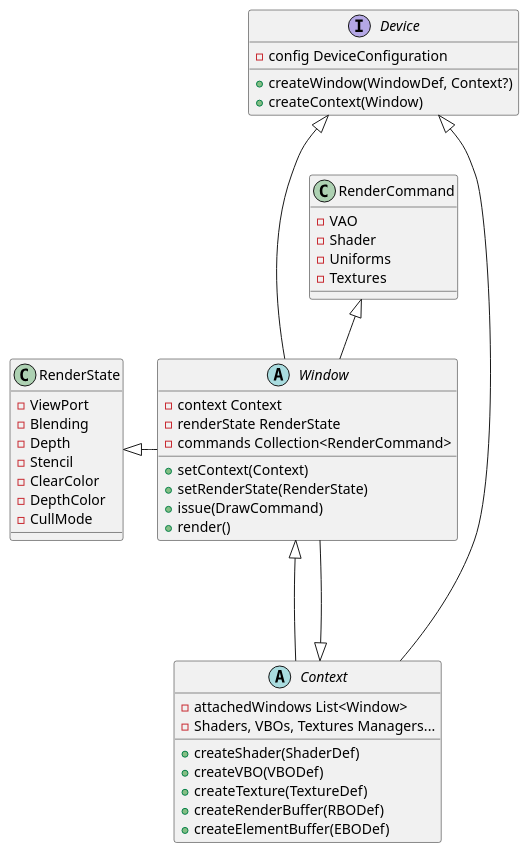
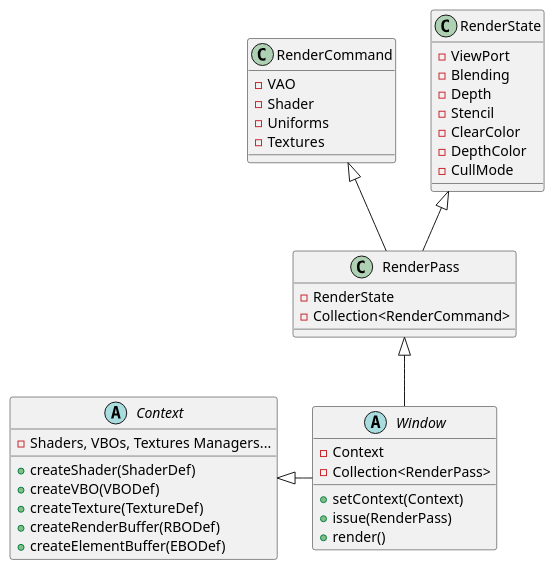
Before and after one commit to wookie41/blitz: the diagram in renderer/core/uml/core.puml, drawn with PlantUML. The commit also changed 1 other file, not shown here.

Commit message:
1 | Introduce the concept of RenderPass

```diff
--- a/renderer/core/uml/core.puml
+++ b/renderer/core/uml/core.puml
@@ -1,55 +1,47 @@
 @startuml
 
-interface Device {
-    - config DeviceConfiguration
-    +createWindow(WindowDef, Context?)
-    +createContext(Window)
-}
-
 abstract class Context {
-    - attachedWindows List<Window>
     - Shaders, VBOs, Textures Managers...
     +createShader(ShaderDef)
     +createVBO(VBODef)
     +createTexture(TextureDef)
     +createRenderBuffer(RBODef)
     +createElementBuffer(EBODef)
 }
 
 abstract class Window {
-    - context Context
-    - renderState RenderState
-    - commands Collection<RenderCommand>
+    - Context
+    - Collection<RenderPass>
     +setContext(Context)
-    +setRenderState(RenderState)
-    +issue(DrawCommand)
+    +issue(RenderPass)
     +render()
 }
 
 class RenderCommand {
     - VAO
     - Shader
     - Uniforms
     - Textures
 }
 
 class RenderState {
     - ViewPort
     - Blending
     - Depth
     - Stencil
     - ClearColor
     - DepthColor
     - CullMode
 }
 
-RenderCommand   <|-- Window
-RenderState     <|- Window
+class RenderPass {
+    - RenderState
+    - Collection<RenderCommand>
+}
 
-Window      <|--- Context
-Context     <|--- Window
-
-Device <|--- Context
-Device <|--- Window
+RenderPass <|-- Window
+Context     <|- Window
+RenderState <|--  RenderPass
+RenderCommand <|--  RenderPass
 
 @enduml
```
